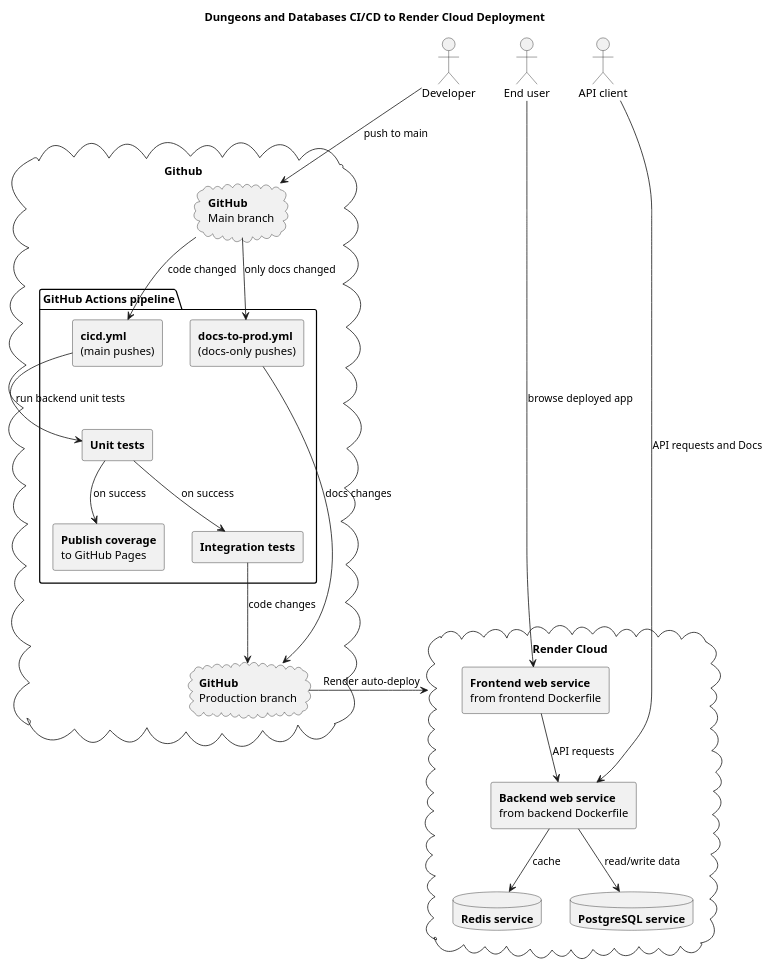
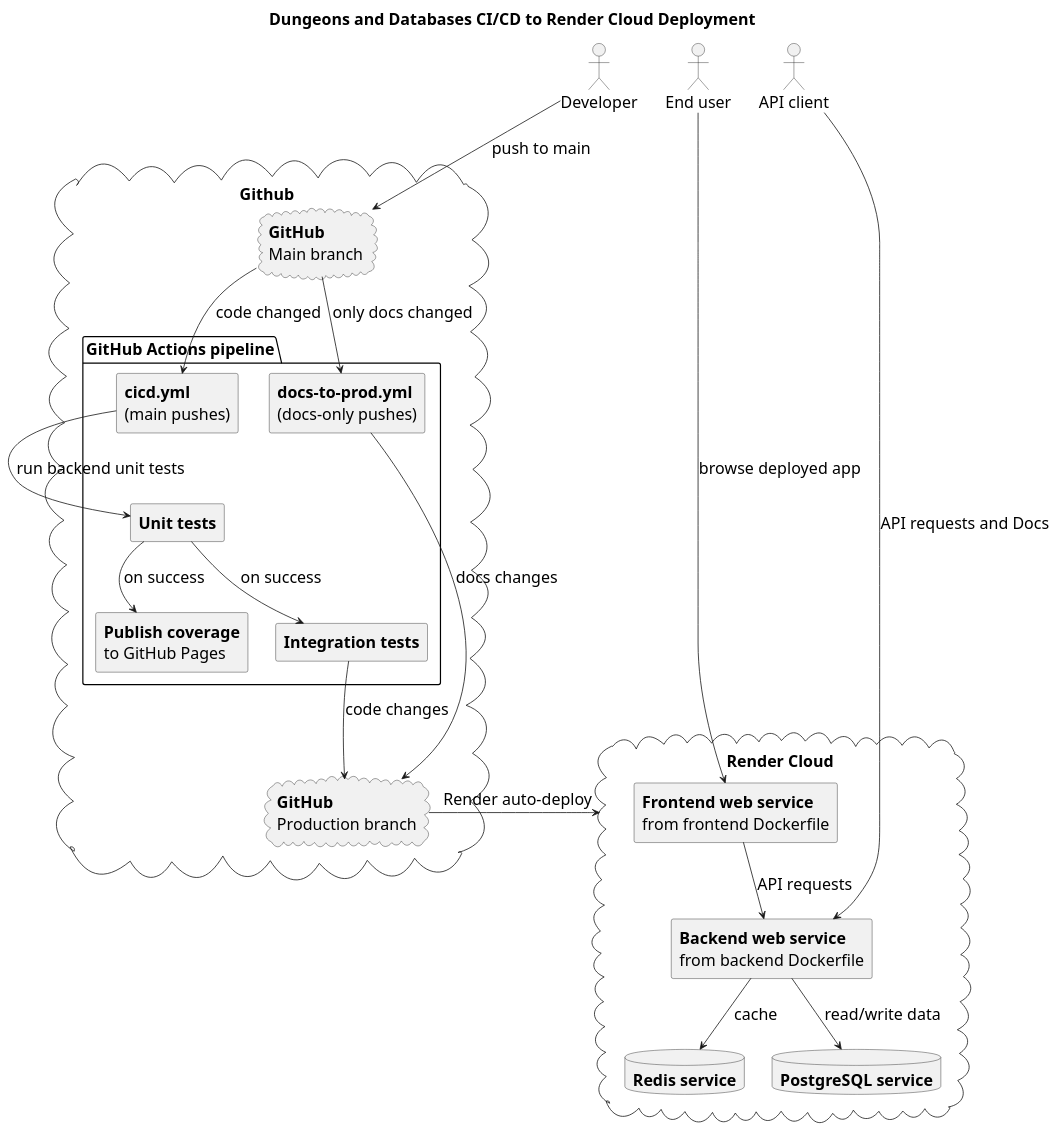
Before and after one commit to cyborgwalrus/dungeons-and-databases: the diagram in docs/cloud-deployment.puml, drawn with PlantUML. The commit also changed 18 other files, not shown here.

Commit message:
readmes, diagrams and port changes

```diff
--- a/docs/cloud-deployment.puml
+++ b/docs/cloud-deployment.puml
@@ -1,56 +1,57 @@
-@startuml deployment
+@startuml cloud-deployment
 title Dungeons and Databases CI/CD to Render Cloud Deployment
 'left to right direction
-skinparam shadowing false
 skinparam componentStyle rectangle
 'skinparam packageStyle rectangle
 'skinparam linetype polyline
+skinparam DefaultFontSize 20
+skinparam TitleFontSize 20
 
 together{
 actor "Developer" as dev
 actor "End user" as endUser
 actor "API client" as apiClient
 }
 
 
 cloud Github {
 	cloud "**GitHub**\nMain branch" as github
 	cloud "**GitHub**\nProduction branch" as githubProd
 
 	package "GitHub Actions pipeline" as githubActions {
 		component "**cicd.yml**\n(main pushes)" as cicd
 		component "**docs-to-prod.yml**\n(docs-only pushes)" as docsOnly
 		component "**Unit tests**" as unitTests
 		component "**Publish coverage**\nto GitHub Pages" as publishCoverage
 		component "**Integration tests**" as integrationTests
 	}
 }
 
 
 cloud "Render Cloud" as renderDeployment {
 	component "**Frontend web service**\nfrom frontend Dockerfile" as renderFrontend
 	component "**Backend web service**\nfrom backend Dockerfile" as renderBackend
 	database "**Redis service**" as renderRedis
 	database "**PostgreSQL service**" as renderDb
 }
 
 
 dev --> github : push to main
 github --> cicd : code changed
 github --> docsOnly : only docs changed
 docsOnly --> githubProd : docs changes
 
 cicd --> unitTests : run backend unit tests
 unitTests --> publishCoverage : on success
 unitTests --> integrationTests : on success
 integrationTests --> githubProd : code changes
 githubProd -r-> renderDeployment : Render auto-deploy
 
 
 endUser --> renderFrontend : browse deployed app
 apiClient --> renderBackend : API requests and Docs
 renderFrontend --> renderBackend : API requests
 renderBackend --> renderDb : read/write data
 renderBackend --> renderRedis : cache
 
 @enduml
```
